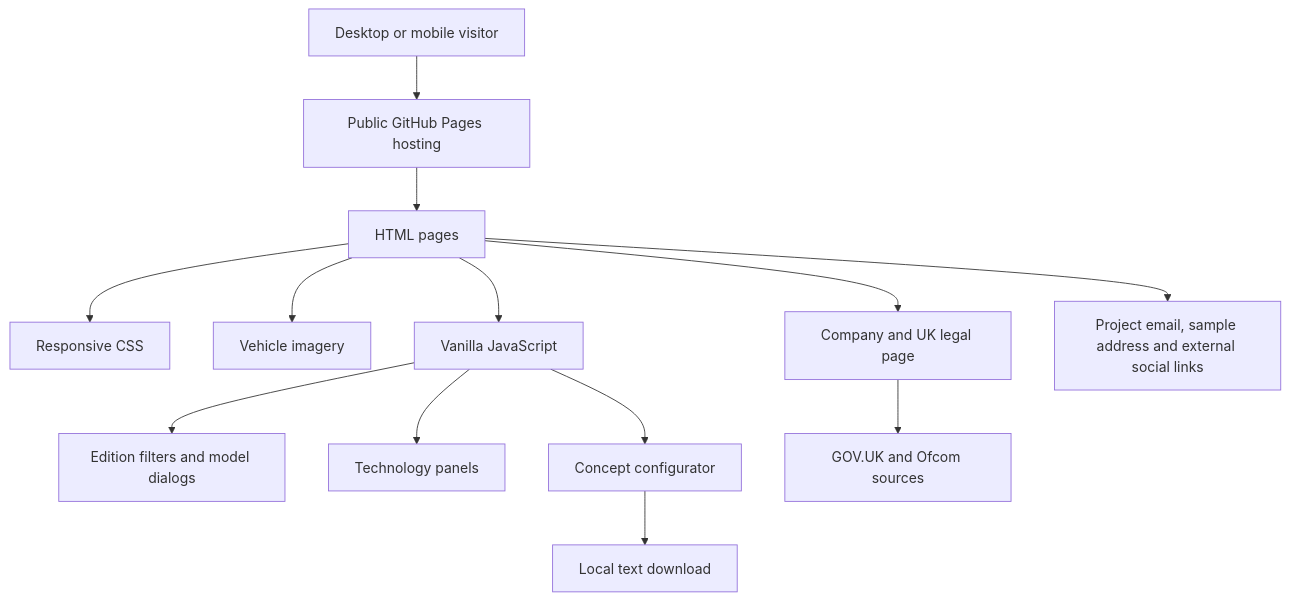
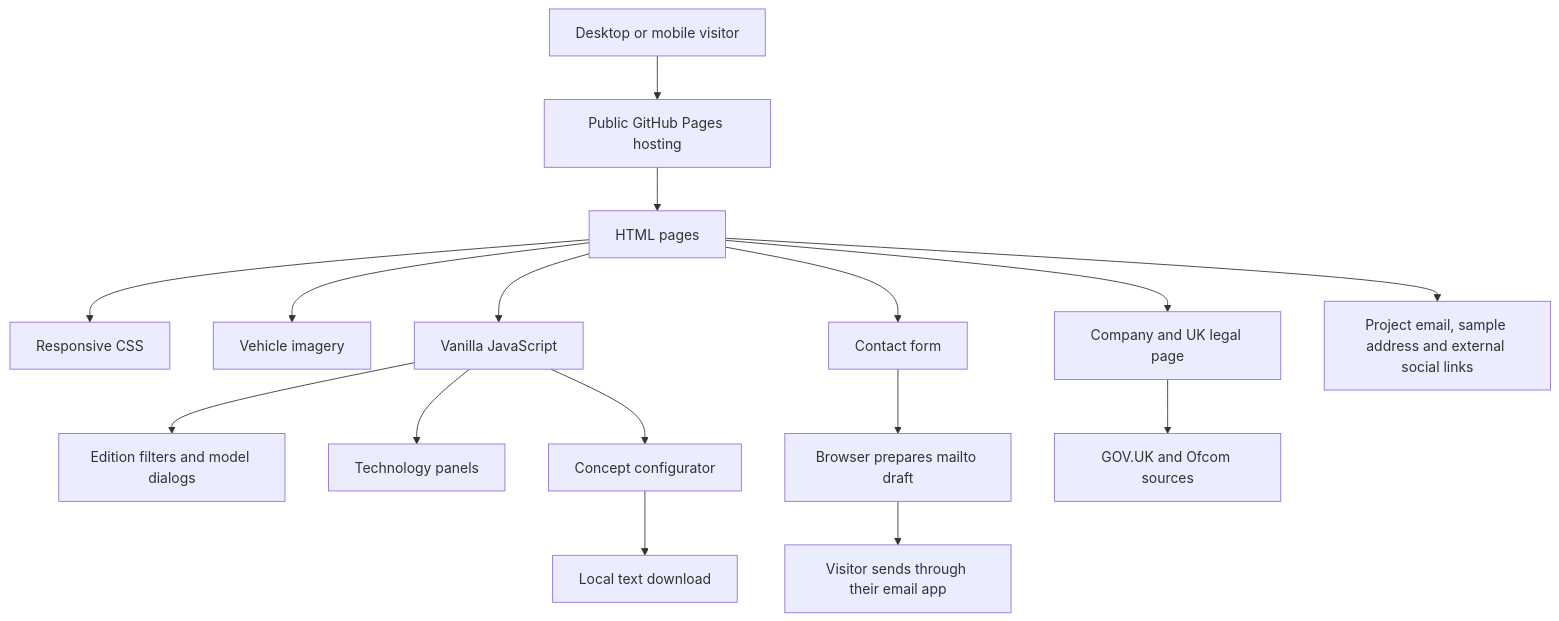
One commit to Rajakokila-P/britannia-aether-showroom changed the first of 4 diagrams in docs/architecture.md. Above: the diagram before and after it, drawn with Mermaid. The commit also changed 7 other files, not shown here.

Commit message:
Add accessible contact form that prepares email drafts

````diff
--- a/docs/architecture.md
+++ b/docs/architecture.md
@@ -5,15 +5,18 @@
 ```mermaid
 flowchart TD
   Visitor[Desktop or mobile visitor] --> Hosting[Public GitHub Pages hosting]
   Hosting --> HTML[HTML pages]
   HTML --> CSS[Responsive CSS]
   HTML --> Images[Vehicle imagery]
   HTML --> JS[Vanilla JavaScript]
   JS --> Filters[Edition filters and model dialogs]
   JS --> Panels[Technology panels]
   JS --> Config[Concept configurator]
   Config --> Download[Local text download]
+  HTML --> Form[Contact form]
+  Form --> Draft[Browser prepares mailto draft]
+  Draft --> Email[Visitor sends through their email app]
   HTML --> Legal[Company and UK legal page]
   Legal --> Sources[GOV.UK and Ofcom sources]
   HTML --> Contact[Project email, sample address and external social links]
 ```
````
